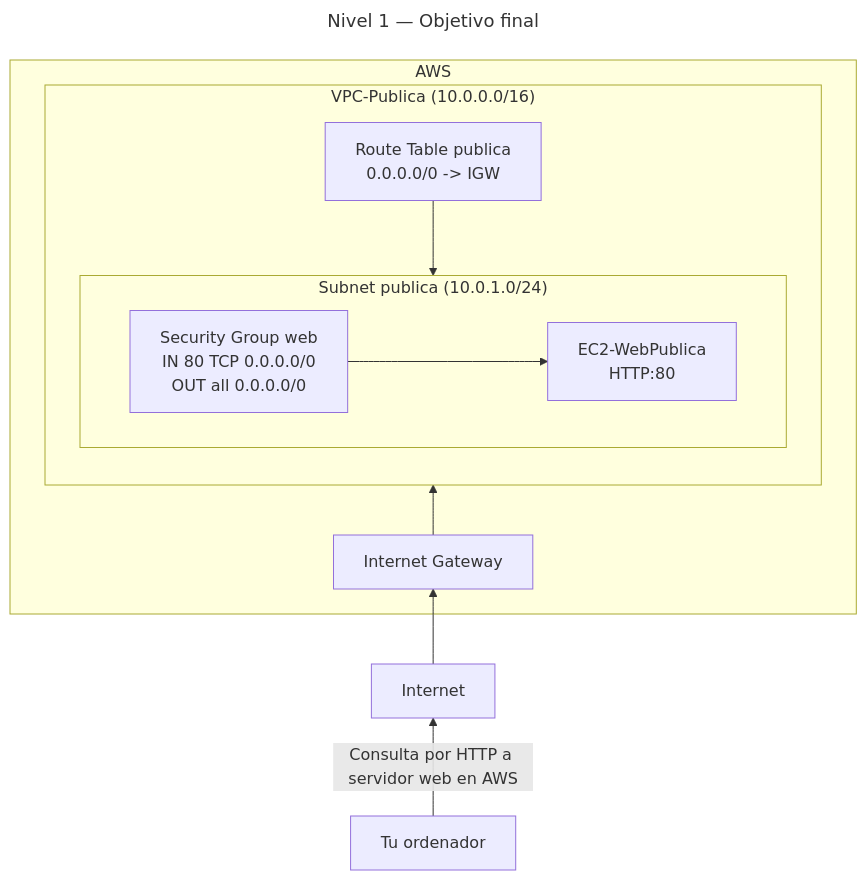
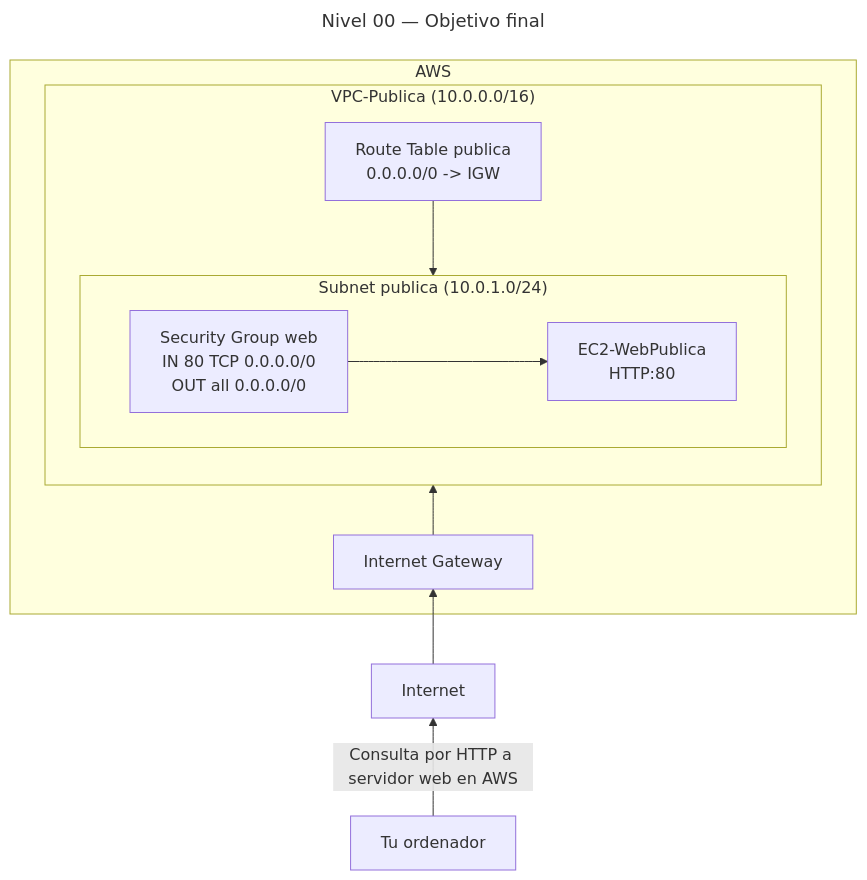
One commit to Marcos-SA-git/AWS-Certifications changed the diagram in SAA-C03/es/Prácticas/Medio/Nivel-00.md. Above: the diagram before and after it, drawn with Mermaid. The commit also changed other lines of this file, not shown here.

````diff
--- a/SAA-C03/es/Prácticas/Medio/Nivel-00.md
+++ b/SAA-C03/es/Prácticas/Medio/Nivel-00.md
@@ -26,26 +26,26 @@
 ```mermaid
 ---
-title: "Nivel 1 — Objetivo final"
+title: "Nivel 00 — Objetivo final"
 ---
 graph BT
 
 subgraph AWS[AWS]
     IGW[Internet Gateway]
     subgraph VPC["VPC-Publica (10.0.0.0/16)"]
         RT[Route Table publica<br>0.0.0.0/0 -> IGW]
         subgraph SUB["Subnet publica (10.0.1.0/24)"]
             EC2[EC2-WebPublica<br>HTTP:80]
             SG[Security Group web<br>IN 80 TCP 0.0.0.0/0<br>OUT all 0.0.0.0/0]
         end
     end
 end
 
 Internet[Internet]
 PC[Tu ordenador]
 
 IGW --> VPC
 RT --> SUB
 SG ---> EC2
 Internet --> IGW
 PC  -->|"Consulta por HTTP a servidor web en AWS"| Internet
 ```
````
